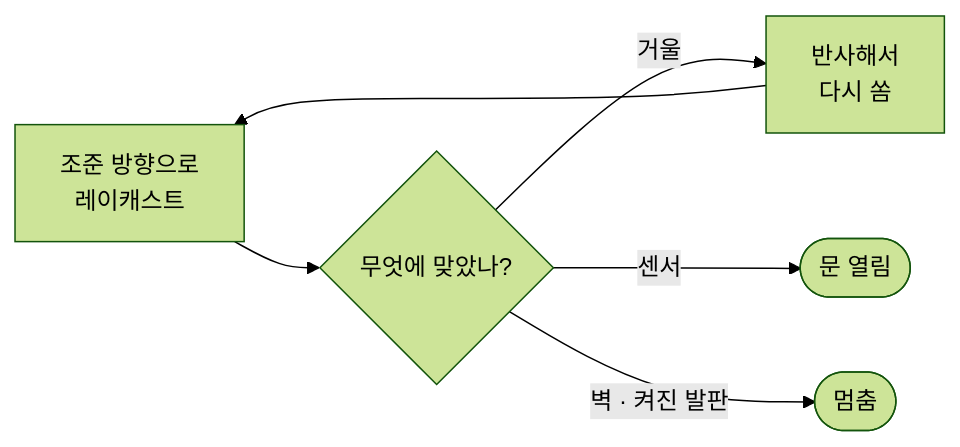
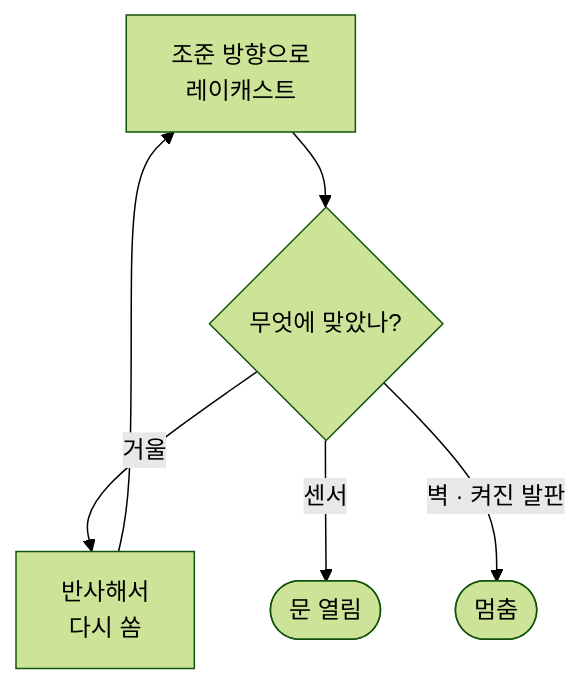
The fourth of 6 diagrams in src/Shifter/Shifter_기술문서.md (rlawlsdn77/portfolio), drawn with Mermaid (forest theme) before and after one commit. The commit also changed other lines of this file and 3 other files, not shown here.

````diff
--- a/src/Shifter/Shifter_기술문서.md
+++ b/src/Shifter/Shifter_기술문서.md
@@ -193,8 +193,8 @@
 ```mermaid
-flowchart LR
+flowchart TB
     S["조준 방향으로<br/>레이캐스트"] --> W{"무엇에 맞았나?"}
     W -->|"거울"| R["반사해서<br/>다시 쏨"]
     R --> S
     W -->|"센서"| OK(["문 열림"])
     W -->|"벽 · 켜진 발판"| E(["멈춤"])
 ```
````
